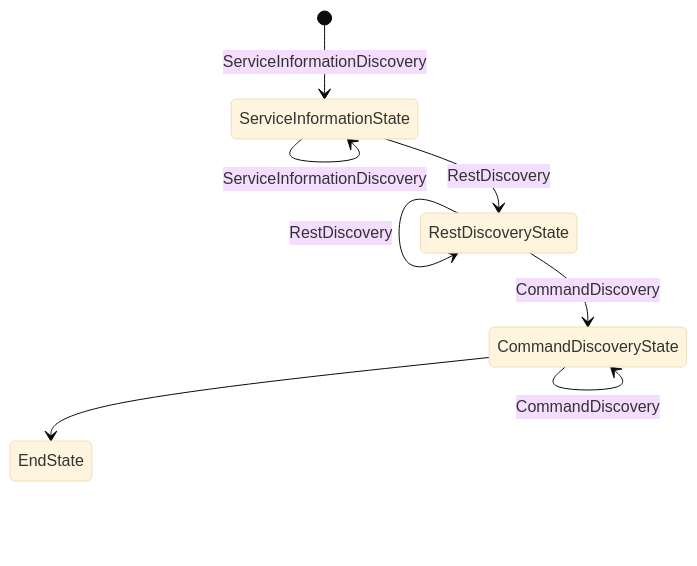
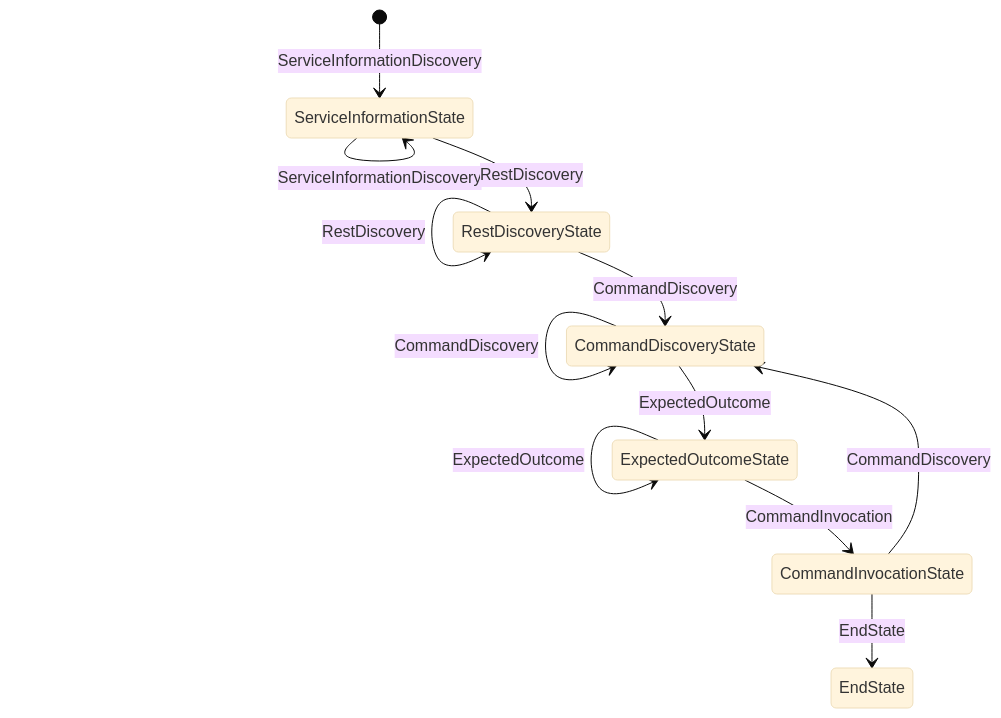
One commit to dulikvor/Argus changed the diagram in Examples/ApiTestingAgent/ApiTestingAgent.md. Above: the diagram before and after it, drawn with Mermaid (base theme). The commit also changed other lines of this file and 30 other files, not shown here.

````diff
--- a/Examples/ApiTestingAgent/ApiTestingAgent.md
+++ b/Examples/ApiTestingAgent/ApiTestingAgent.md
@@ -56,11 +71,15 @@
 ```mermaid
 stateDiagram-v2
     [*] --> ServiceInformationState: ServiceInformationDiscovery
     ServiceInformationState --> ServiceInformationState: ServiceInformationDiscovery
     ServiceInformationState --> RestDiscoveryState: RestDiscovery
     RestDiscoveryState --> RestDiscoveryState: RawContentGet
     RestDiscoveryState --> RestDiscoveryState: RestDiscovery
     RestDiscoveryState --> CommandDiscoveryState: CommandDiscovery
     CommandDiscoveryState --> CommandDiscoveryState: CommandDiscovery
-    CommandDiscoveryState --> EndState
+    CommandDiscoveryState --> ExpectedOutcomeState: ExpectedOutcome
+    ExpectedOutcomeState --> ExpectedOutcomeState: ExpectedOutcome
+    ExpectedOutcomeState --> CommandInvocationState: CommandInvocation
+    CommandInvocationState --> CommandDiscoveryState: CommandDiscovery
+    CommandInvocationState --> EndState: EndState
 ```
````
